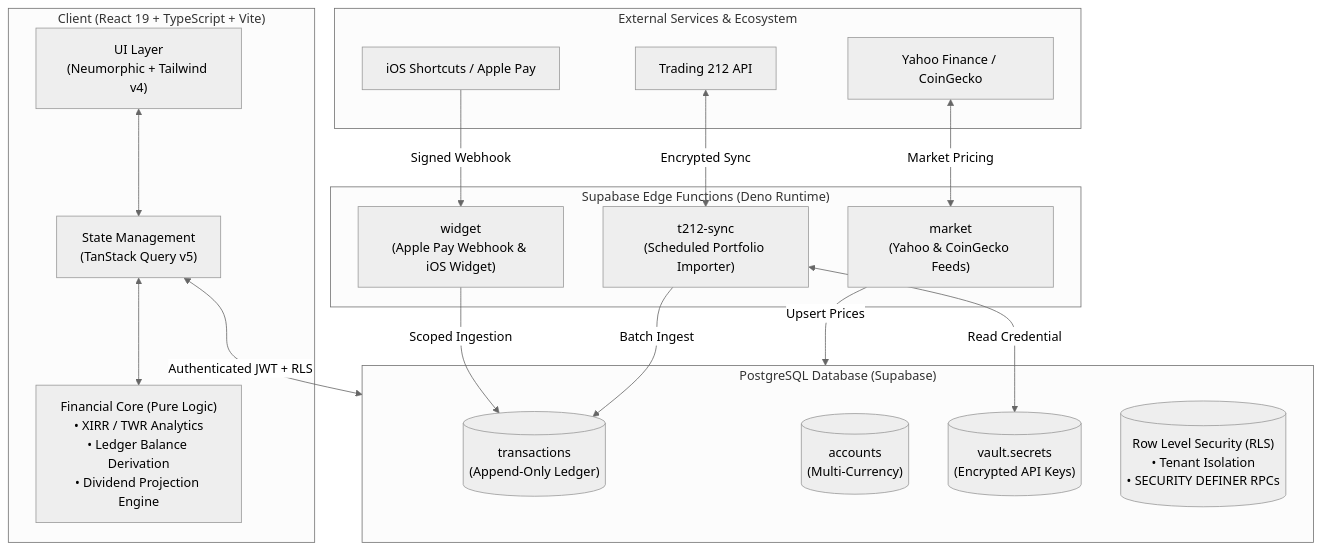
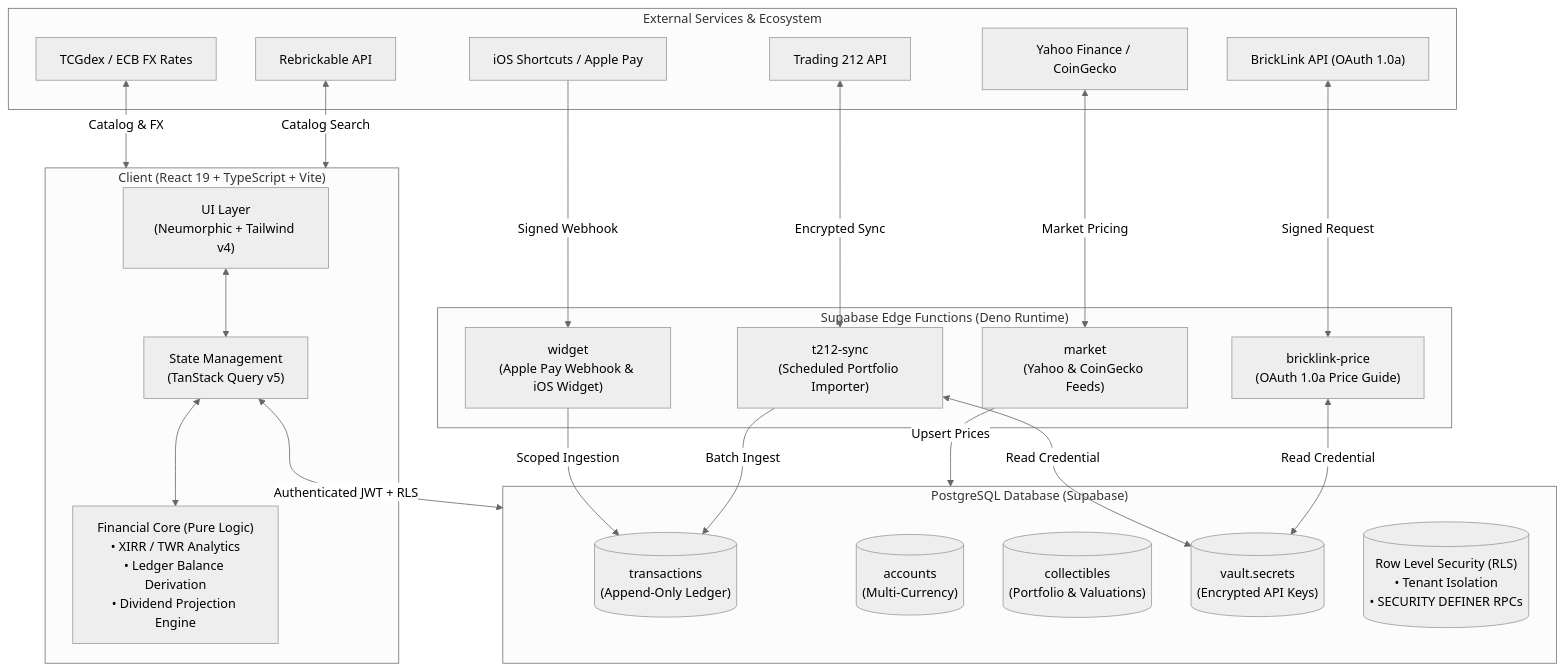
The diagram in README.md (bernam07/strata), drawn with Mermaid (neutral theme) before and after one commit. The commit also changed other lines of this file and 19 other files, not shown here.

First line of the commit message:
feat: integrate BrickLink API for LEGO pricing and credentials management

````diff
--- a/README.md
+++ b/README.md
@@ -59,40 +65,49 @@
 ```mermaid
 flowchart TD
     subgraph Client ["Client (React 19 + TypeScript + Vite)"]
         UI["UI Layer\n(Neumorphic + Tailwind v4)"]
         State["State Management\n(TanStack Query v5)"]
         Core["Financial Core (Pure Logic)\n• XIRR / TWR Analytics\n• Ledger Balance Derivation\n• Dividend Projection Engine"]
     end
 
     subgraph Edge ["Supabase Edge Functions (Deno Runtime)"]
         T212Sync["t212-sync\n(Scheduled Portfolio Importer)"]
         MarketData["market\n(Yahoo & CoinGecko Feeds)"]
+        BricklinkSync["bricklink-price\n(OAuth 1.0a Price Guide)"]
         WidgetHook["widget\n(Apple Pay Webhook & iOS Widget)"]
     end
 
     subgraph Data ["PostgreSQL Database (Supabase)"]
         Ledger[("transactions\n(Append-Only Ledger)")]
         Accounts[("accounts\n(Multi-Currency)")]
+        CollectiblesTable[("collectibles\n(Portfolio & Valuations)")]
         Vault[("vault.secrets\n(Encrypted API Keys)")]
         Policies[("Row Level Security (RLS)\n• Tenant Isolation\n• SECURITY DEFINER RPCs")]
     end
 
     subgraph External ["External Services & Ecosystem"]
         T212API["Trading 212 API"]
         Yahoo["Yahoo Finance / CoinGecko"]
+        TCGdex["TCGdex / ECB FX Rates"]
+        BrickLink["BrickLink API (OAuth 1.0a)"]
+        Rebrickable["Rebrickable API"]
         ApplePay["iOS Shortcuts / Apple Pay"]
     end
 
     ApplePay -->|Signed Webhook| WidgetHook
     T212API <-->|Encrypted Sync| T212Sync
     Yahoo <-->|Market Pricing| MarketData
+    BrickLink <-->|Signed Request| BricklinkSync
+    TCGdex <-->|Catalog & FX| Client
+    Rebrickable <-->|Catalog Search| Client
 
     WidgetHook -->|Scoped Ingestion| Ledger
     T212Sync -->|Batch Ingest| Ledger
     T212Sync <-->|Read Credential| Vault
+    BricklinkSync <-->|Read Credential| Vault
     MarketData -->|Upsert Prices| Data
 
     UI <--> State
     State <--> Core
     State <-->|Authenticated JWT + RLS| Data
 ```
````
